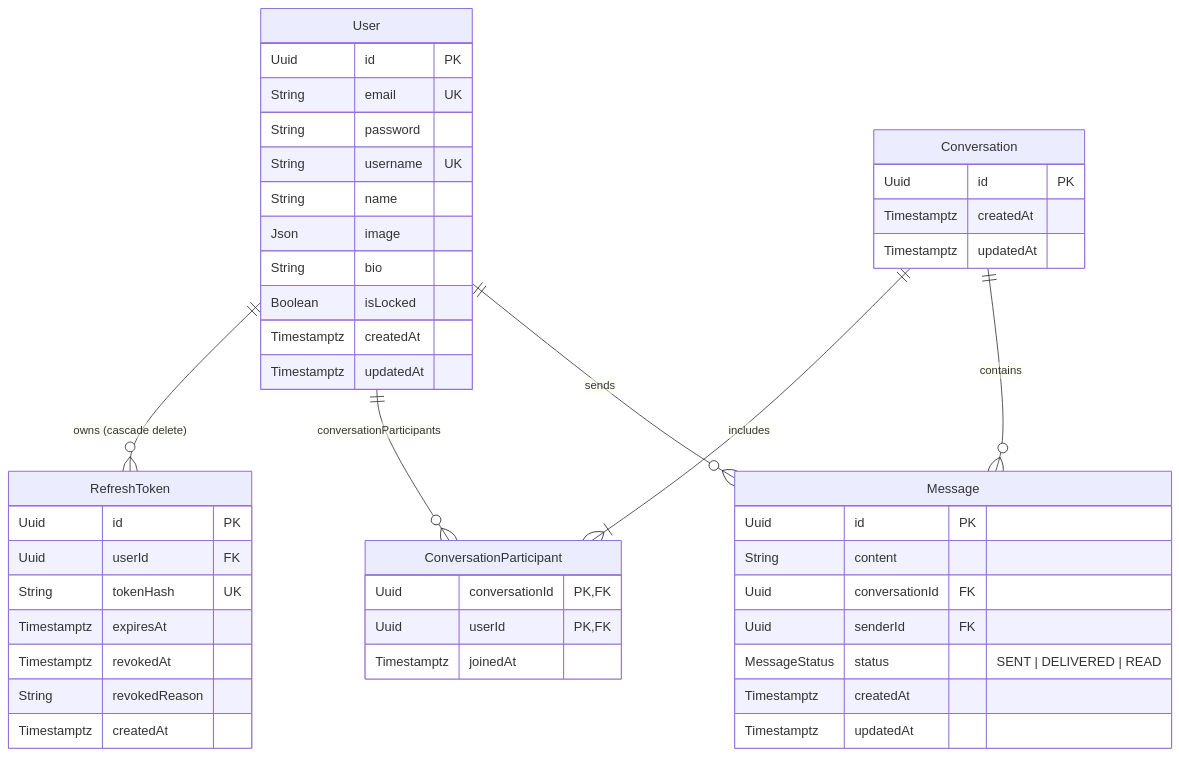
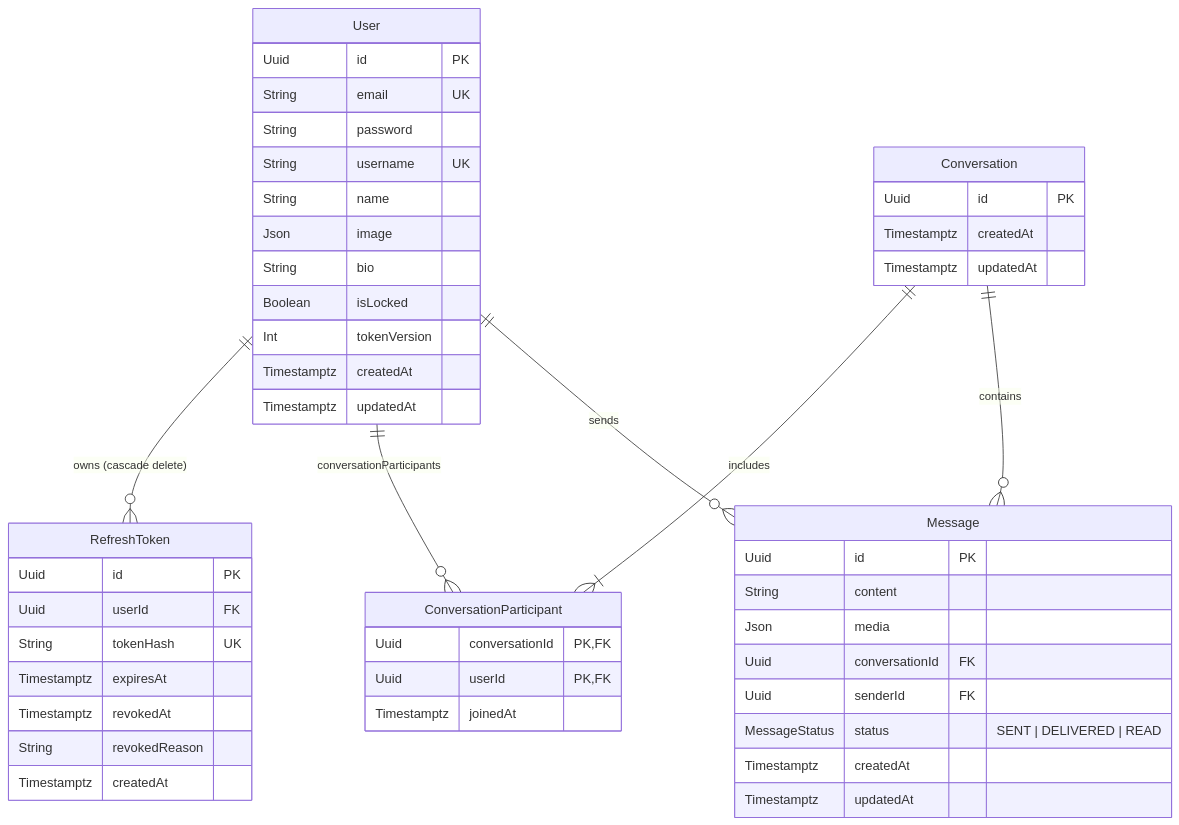
One commit to 3mrmousa/SOUT changed the diagram in README.md. Above: the diagram before and after it, drawn with Mermaid. The commit also changed other lines of this file and 241 other files, not shown here.

````diff
--- a/README.md
+++ b/README.md
@@ -42,53 +43,55 @@
 ```mermaid
 erDiagram
     User ||--o{ RefreshToken : "owns (cascade delete)"
     User ||--o{ ConversationParticipant : "conversationParticipants"
     Conversation ||--|{ ConversationParticipant : "includes"
     Conversation ||--o{ Message : "contains"
     User ||--o{ Message : "sends"
 
     User {
         Uuid id PK
         String email UK
         String password
         String username UK
         String name
         Json image
         String bio
         Boolean isLocked
+        Int tokenVersion
         Timestamptz createdAt
         Timestamptz updatedAt
     }
 
     RefreshToken {
         Uuid id PK
         Uuid userId FK
         String tokenHash UK
         Timestamptz expiresAt
         Timestamptz revokedAt
         String revokedReason
         Timestamptz createdAt
     }
 
     Conversation {
         Uuid id PK
         Timestamptz createdAt
         Timestamptz updatedAt
     }
 
     ConversationParticipant {
         Uuid conversationId PK, FK
         Uuid userId PK, FK
         Timestamptz joinedAt
     }
 
     Message {
         Uuid id PK
         String content
+        Json media
         Uuid conversationId FK
         Uuid senderId FK
         MessageStatus status "SENT | DELIVERED | READ"
         Timestamptz createdAt
         Timestamptz updatedAt
     }
 ```
````
